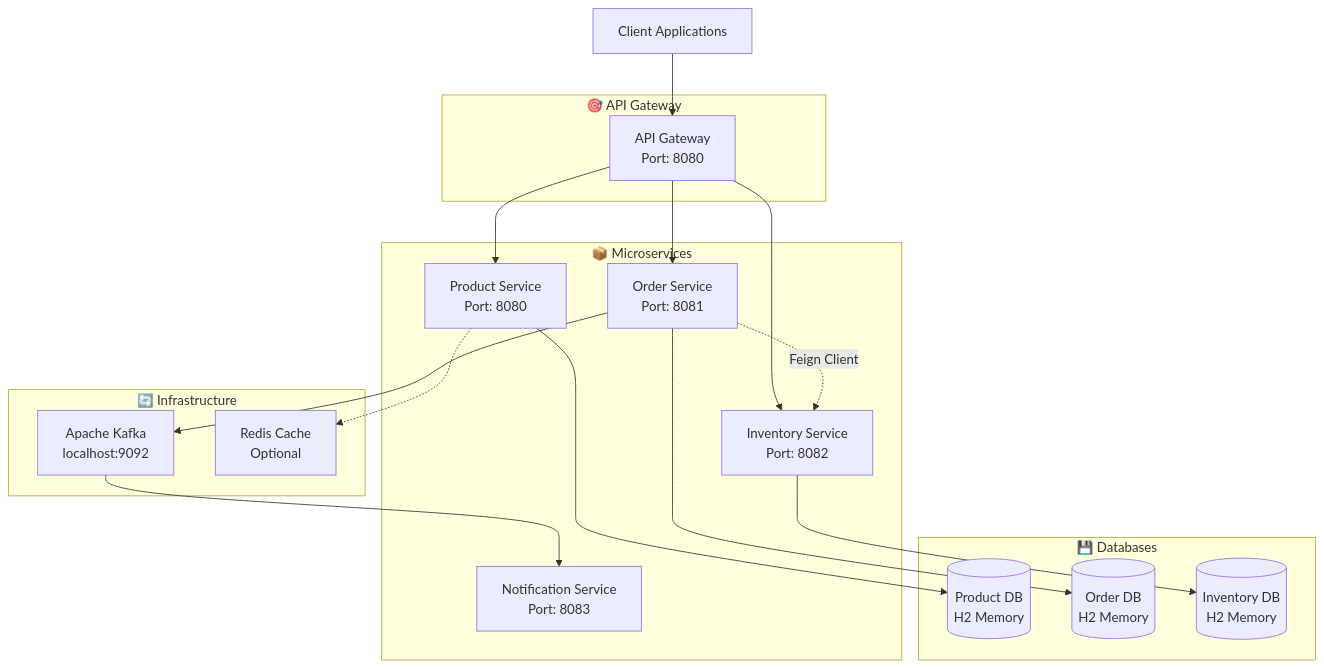
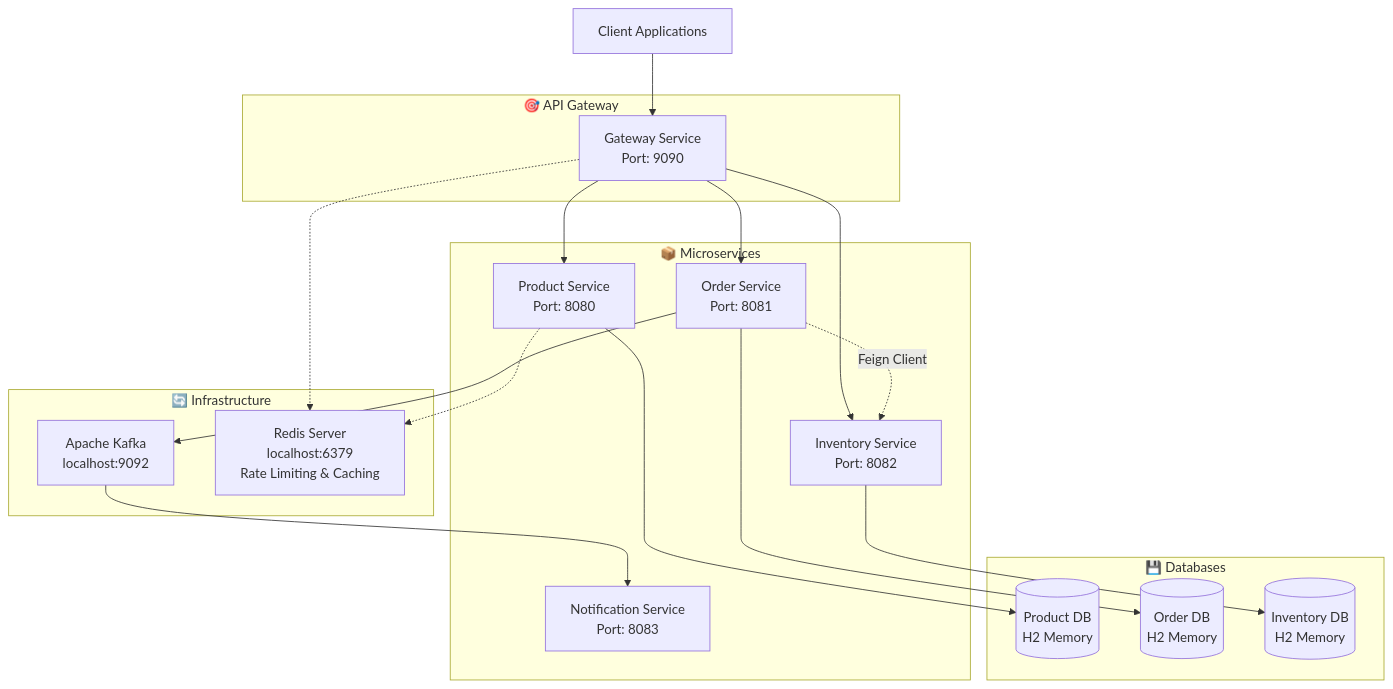
Before and after one commit to shadangi54/ecommerce-microservices: the diagram in README.md, drawn with Mermaid. The commit also changed other lines of this file and 32 other files, not shown here.

First line of the commit message:
feat: Add API Gateway with Rate Limiting and Circuit Breaker

````diff
--- a/README.md
+++ b/README.md
@@ -13,40 +14,41 @@
 ```mermaid
 graph TB
     Client[Client Applications]
     
     subgraph "🎯 API Gateway"
-        Gateway[API Gateway<br/>Port: 8080]
+        Gateway[Gateway Service<br/>Port: 9090]
     end
     
     subgraph "📦 Microservices"
         PS[Product Service<br/>Port: 8080]
         OS[Order Service<br/>Port: 8081]
         IS[Inventory Service<br/>Port: 8082]
         NS[Notification Service<br/>Port: 8083]
     end
     
     subgraph "💾 Databases"
         PDB[(Product DB<br/>H2 Memory)]
         ODB[(Order DB<br/>H2 Memory)]
         IDB[(Inventory DB<br/>H2 Memory)]
     end
     
     subgraph "🔄 Infrastructure"
         Kafka[Apache Kafka<br/>localhost:9092]
-        Cache[Redis Cache<br/>Optional]
+        Redis[Redis Server<br/>localhost:6379<br/>Rate Limiting & Caching]
     end
     
     Client --> Gateway
     Gateway --> PS
     Gateway --> OS
     Gateway --> IS
     
     OS -.->|Feign Client| IS
     OS --> Kafka
     Kafka --> NS
     
     PS --> PDB
     OS --> ODB
     IS --> IDB
-    PS -.-> Cache
+    PS -.-> Redis
+    Gateway -.-> Redis
 ```
````
